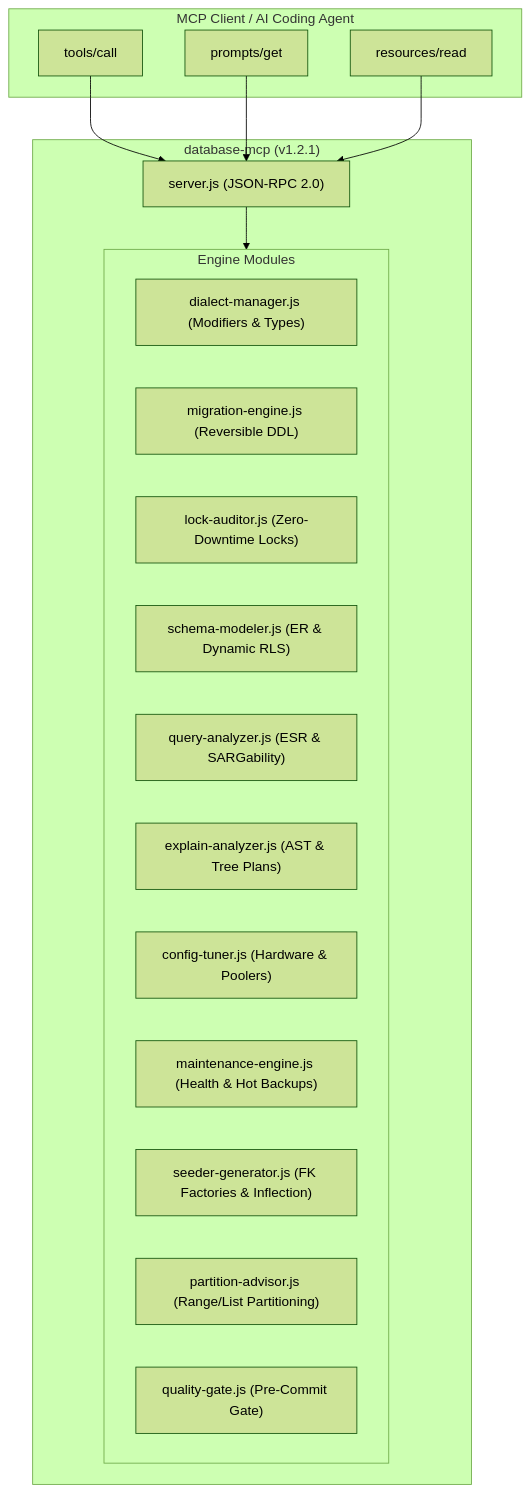
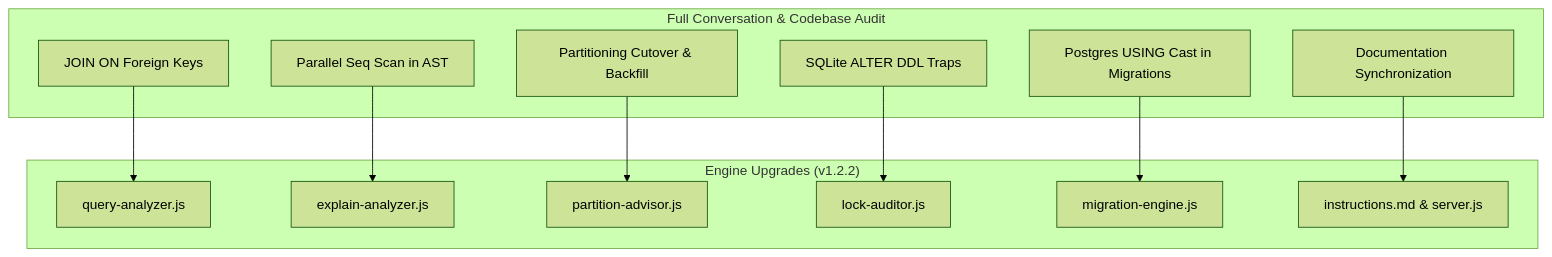
One commit to maccpro/mcp-collection changed the diagram in implementation_plan.md. Above: the diagram before and after it, drawn with Mermaid (forest theme). The commit also changed other lines of this file and 9 other files, not shown here.

Commit message:
feat(database-mcp): upgrade to v1.2.2 with join fk esr, parallel seq scan, partition backfill, and sqlite alter warnings

````diff
--- a/implementation_plan.md
+++ b/implementation_plan.md
@@ -33,31 +36,27 @@
 ```mermaid
 flowchart TD
-    subgraph Client ["MCP Client / AI Coding Agent"]
-        ToolsCall["tools/call"]
-        PromptsGet["prompts/get"]
-        ResourcesRead["resources/read"]
+    subgraph ConversationReview ["Full Conversation & Codebase Audit"]
+        Audit1["JOIN ON Foreign Keys"]
+        Audit2["Parallel Seq Scan in AST"]
+        Audit3["Partitioning Cutover & Backfill"]
+        Audit4["SQLite ALTER DDL Traps"]
+        Audit5["Postgres USING Cast in Migrations"]
+        Audit6["Documentation Synchronization"]
     end
 
-    subgraph Server ["database-mcp (v1.2.1)"]
-        ServerCore["server.js (JSON-RPC 2.0)"]
-        
-        subgraph Engines ["Engine Modules"]
-            DialectMgr["dialect-manager.js (Modifiers & Types)"]
-            MigEngine["migration-engine.js (Reversible DDL)"]
-            LockAudit["lock-auditor.js (Zero-Downtime Locks)"]
-            SchemaModel["schema-modeler.js (ER & Dynamic RLS)"]
-            QueryOpt["query-analyzer.js (ESR & SARGability)"]
-            ExplainOpt["explain-analyzer.js (AST & Tree Plans)"]
-            CfgTune["config-tuner.js (Hardware & Poolers)"]
-            MaintEngine["maintenance-engine.js (Health & Hot Backups)"]
-            SeedGen["seeder-generator.js (FK Factories & Inflection)"]
-            PartAdv["partition-advisor.js (Range/List Partitioning)"]
-            QualityGateEngine["quality-gate.js (Pre-Commit Gate)"]
-        end
+    subgraph Implementation ["Engine Upgrades (v1.2.2)"]
+        QA["query-analyzer.js"]
+        EA["explain-analyzer.js"]
+        PA["partition-advisor.js"]
+        LA["lock-auditor.js"]
+        ME["migration-engine.js"]
+        Docs["instructions.md & server.js"]
     end
 
-    ToolsCall --> ServerCore
-    PromptsGet --> ServerCore
-    ResourcesRead --> ServerCore
-    ServerCore --> Engines
+    Audit1 --> QA
+    Audit2 --> EA
+    Audit3 --> PA
+    Audit4 --> LA
+    Audit5 --> ME
+    Audit6 --> Docs
 ```
````
